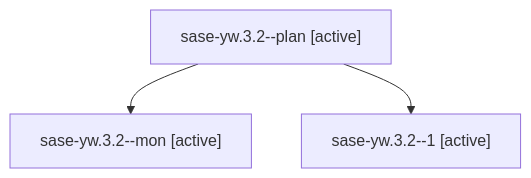
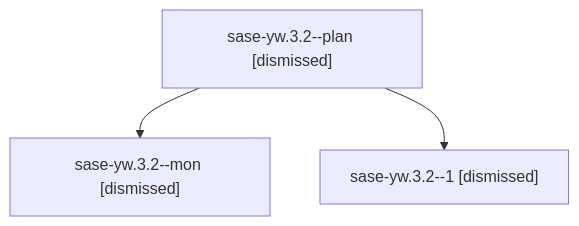
One commit to sase-org/sase--agents changed the diagram in sessions/bbugyi200.athena.sase-yw.3.2.md. Above: the diagram before and after it, drawn with Mermaid. The commit also changed other lines of this file and 208 other files, not shown here.

````diff
--- a/sessions/bbugyi200.athena.sase-yw.3.2.md
+++ b/sessions/bbugyi200.athena.sase-yw.3.2.md
@@ -9,8 +9,8 @@
 ```mermaid
 flowchart TD
-  n0["sase-yw.3.2--plan [active]"]
-  n1["sase-yw.3.2--mon [active]"]
+  n0["sase-yw.3.2--plan [dismissed]"]
+  n1["sase-yw.3.2--mon [dismissed]"]
   n0 --> n1
-  n2["sase-yw.3.2--1 [active]"]
+  n2["sase-yw.3.2--1 [dismissed]"]
   n0 --> n2
 ```
````
